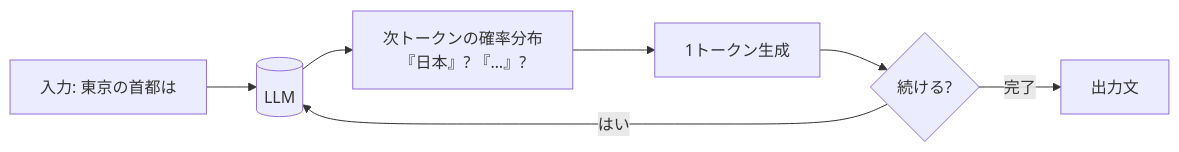
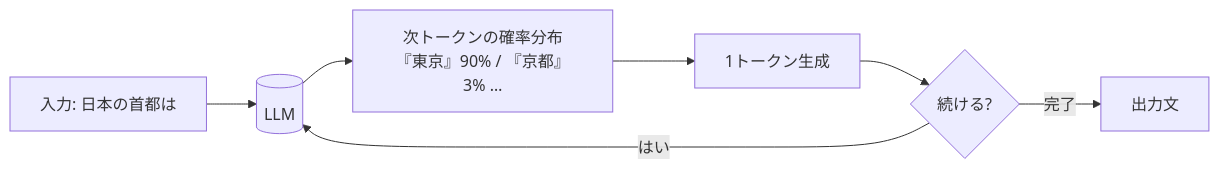
Before and after one commit to mike-sugimoto/ai-tech-notes: the first of 2 diagrams in src/content/docs/llm-basics/index.md, drawn with Mermaid. The commit also changed other lines of this file and 5 other files, not shown here.

````diff
--- a/src/content/docs/llm-basics/index.md
+++ b/src/content/docs/llm-basics/index.md
@@ -16,9 +17,9 @@
 ```mermaid
 flowchart LR
-    IN["入力: 東京の首都は"] --> M[(LLM)]
-    M --> P["次トークンの確率分布<br/>『日本』? 『…』?"]
+    IN["入力: 日本の首都は"] --> M[(LLM)]
+    M --> P["次トークンの確率分布<br/>『東京』90% / 『京都』3% …"]
     P --> T1[1トークン生成]
     T1 --> LOOP{続ける?}
     LOOP -->|はい| M
     LOOP -->|完了| OUT[出力文]
 ```
````
